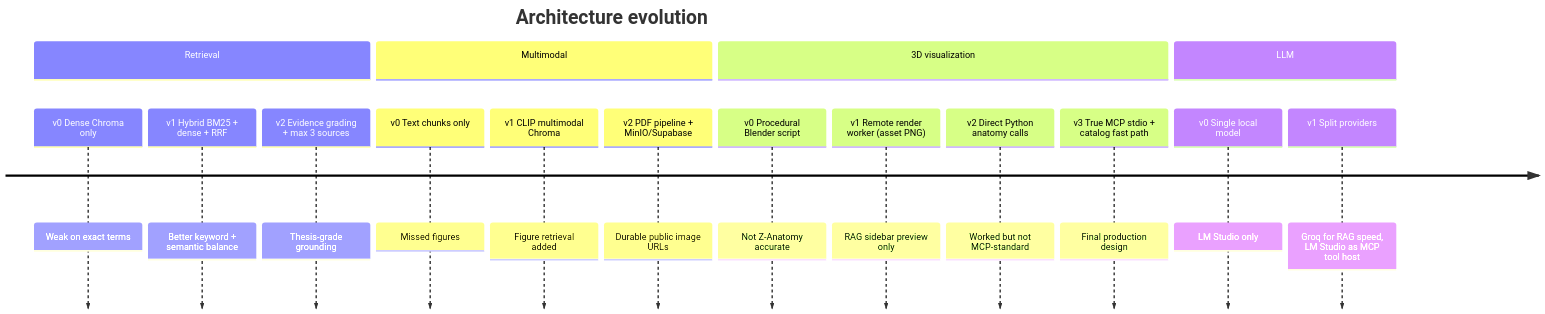
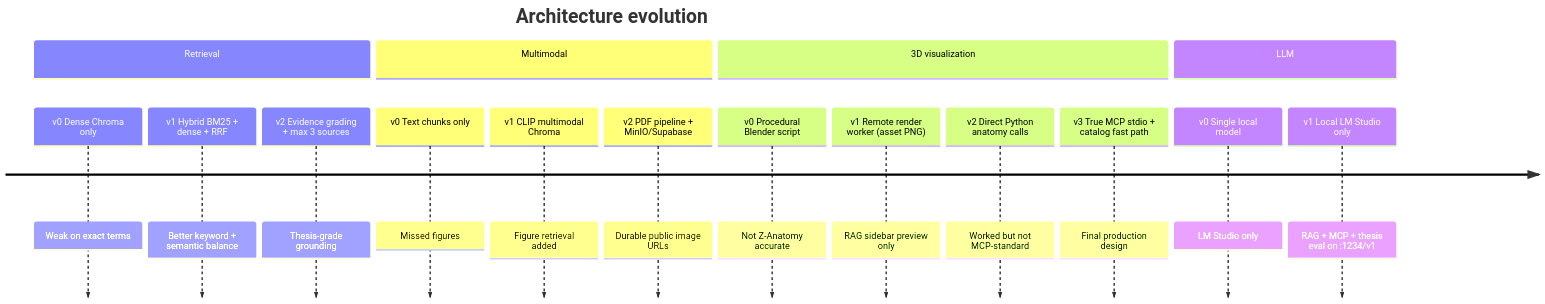
One commit to AdarshRajDS/ThesisBackend changed the first of 9 diagrams in docs/THESIS_SYSTEM_DESIGN_AND_MCP.md. Above: the diagram before and after it, drawn with Mermaid. The commit also changed other lines of this file and 19 other files, not shown here.

First line of the commit message:
Populate thesis evaluation with professor Q&A and LM Studio experiment results.

````diff
--- a/docs/THESIS_SYSTEM_DESIGN_AND_MCP.md
+++ b/docs/THESIS_SYSTEM_DESIGN_AND_MCP.md
@@ -75,20 +75,20 @@
 ```mermaid
 timeline
     title Architecture evolution
     section Retrieval
         v0 Dense Chroma only : Weak on exact terms
         v1 Hybrid BM25 + dense + RRF : Better keyword + semantic balance
         v2 Evidence grading + max 3 sources : Thesis-grade grounding
     section Multimodal
         v0 Text chunks only : Missed figures
         v1 CLIP multimodal Chroma : Figure retrieval added
         v2 PDF pipeline + MinIO/Supabase : Durable public image URLs
     section 3D visualization
         v0 Procedural Blender script : Not Z-Anatomy accurate
         v1 Remote render worker (asset PNG) : RAG sidebar preview only
         v2 Direct Python anatomy calls : Worked but not MCP-standard
         v3 True MCP stdio + catalog fast path : Final production design
     section LLM
         v0 Single local model : LM Studio only
-        v1 Split providers : Groq for RAG speed, LM Studio as MCP tool host
+        v1 Local LM Studio only : RAG + MCP + thesis eval on :1234/v1
 ```
````
